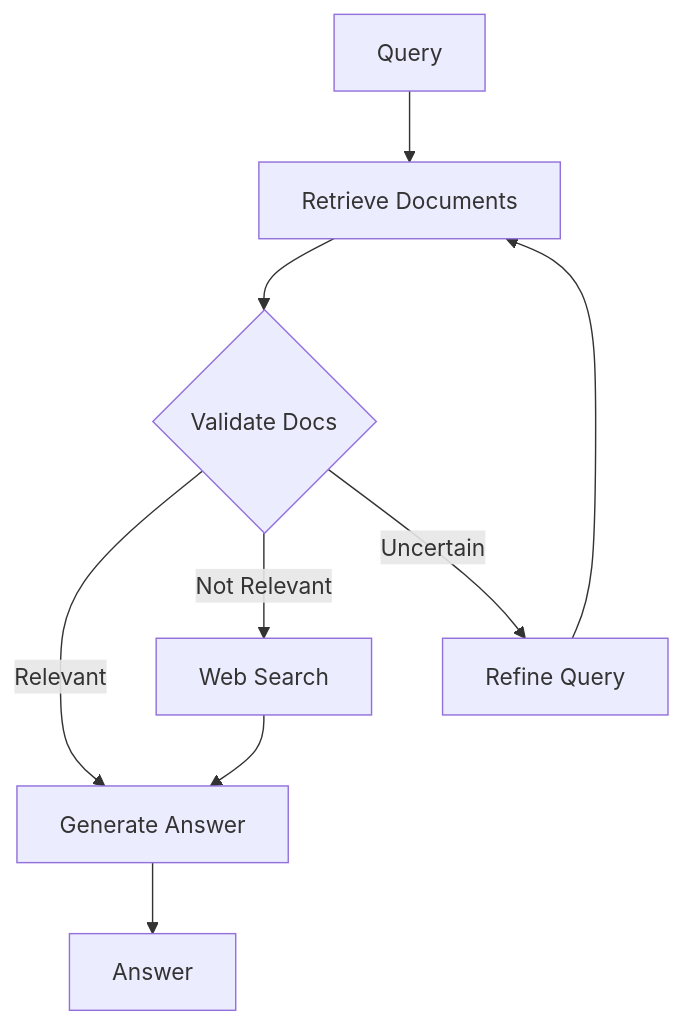
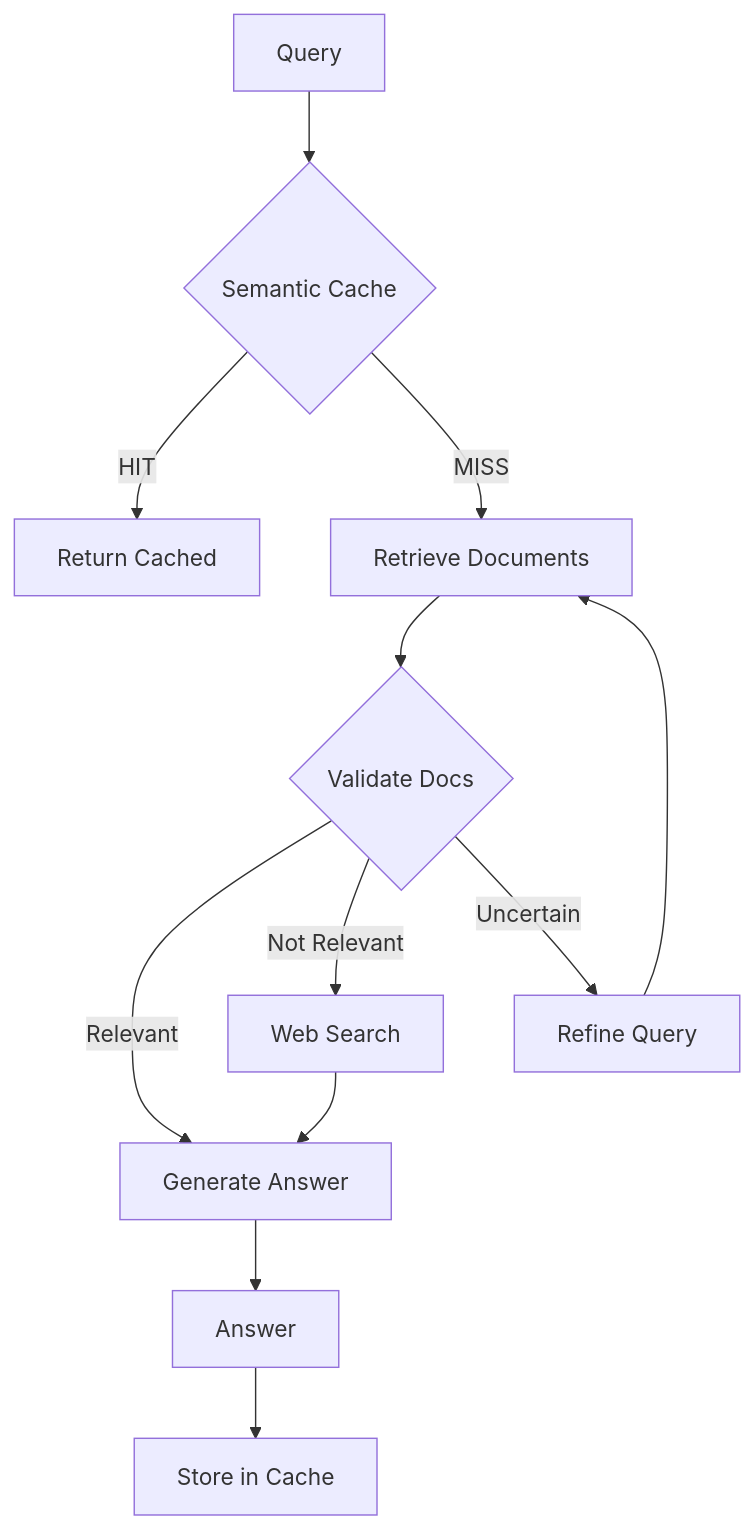
One commit to luiscanaveral/rag-architectures changed the fourth of 11 diagrams in DIAGRAMS.md. Above: the diagram before and after it, drawn with Mermaid. The commit also changed other lines of this file and 1 other file, not shown here.

````diff
--- a/DIAGRAMS.md
+++ b/DIAGRAMS.md
@@ -43,11 +52,14 @@
 ```mermaid
 graph TD
-    A[Query] --> B[Retrieve Documents]
-    B --> C{Validate Docs}
-    C -->|Relevant| D[Generate Answer]
-    C -->|Not Relevant| E[Web Search]
-    E --> D
-    C -->|Uncertain| F[Refine Query]
-    F --> B
-    D --> G[Answer]
+    A[Query] --> B{Semantic Cache}
+    B -->|HIT| C[Return Cached]
+    B -->|MISS| D[Retrieve Documents]
+    D --> E{Validate Docs}
+    E -->|Relevant| F[Generate Answer]
+    E -->|Not Relevant| G[Web Search]
+    G --> F
+    E -->|Uncertain| H[Refine Query]
+    H --> D
+    F --> I[Answer]
+    I --> J[Store in Cache]
 ```
````
